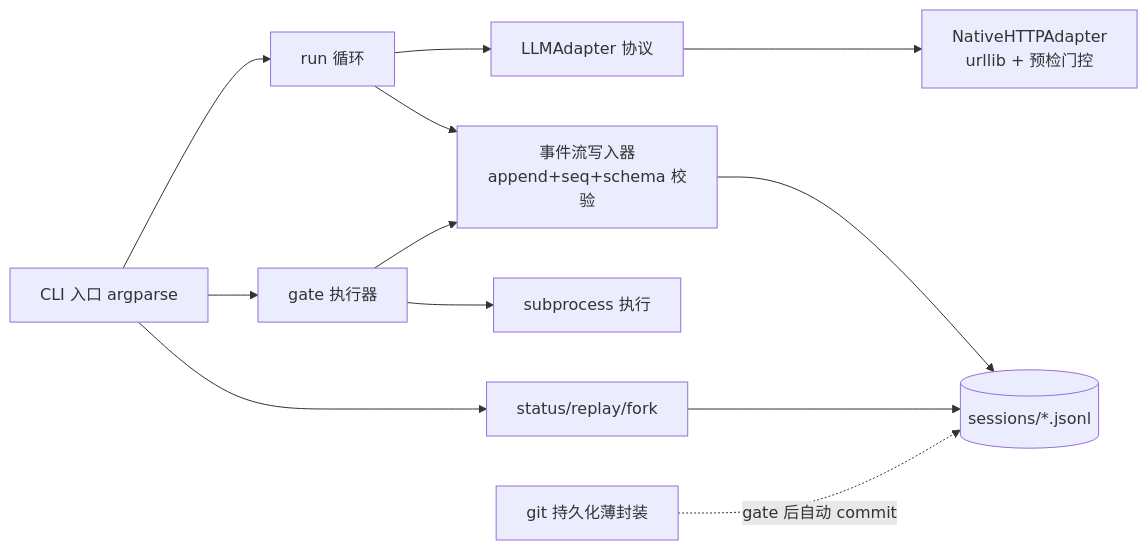
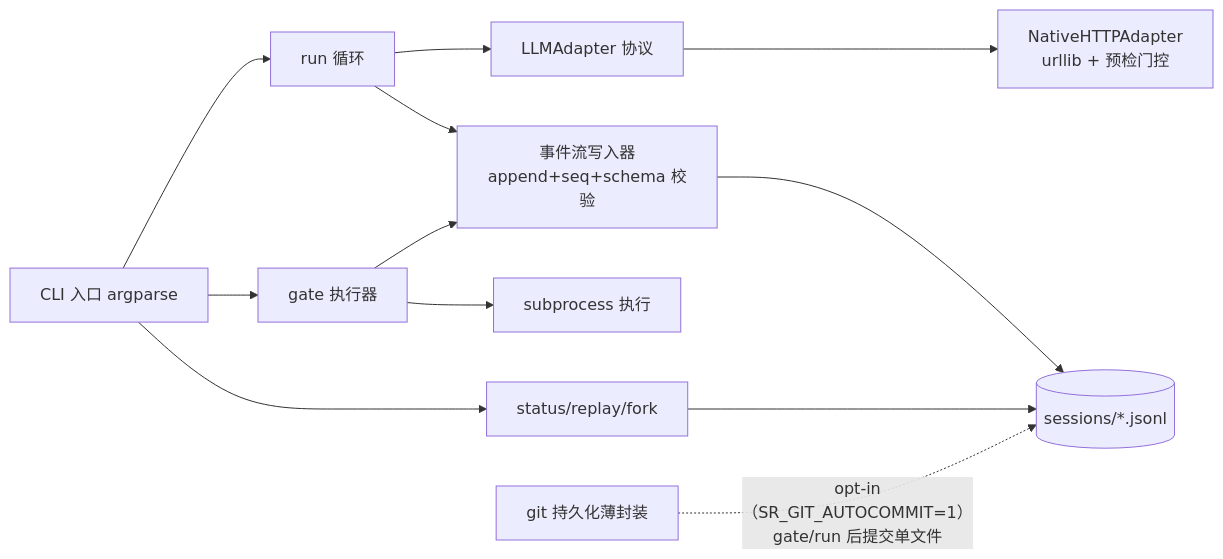
The diagram in spec/spec-runner/SPEC_RUNNER_DESIGN.md (StormstoutLau/Spec_Workflow), drawn with Mermaid before and after one commit. The commit also changed other lines of this file and 8 other files, not shown here.

First line of the commit message:
P-022 实施批完成：gate auto-commit A+B 修复（spec_runner v1.2.0）+ DIS-008 规则化

````diff
--- a/spec/spec-runner/SPEC_RUNNER_DESIGN.md
+++ b/spec/spec-runner/SPEC_RUNNER_DESIGN.md
@@ -126,12 +126,12 @@
 ```mermaid
 flowchart LR
     CLI[CLI 入口 argparse] --> RUN[run 循环] & GATE[gate 执行器]
     RUN --> ADP[LLMAdapter 协议]
     ADP --> NAT[NativeHTTPAdapter<br/>urllib + 预检门控]
     RUN & GATE --> LOG[事件流写入器<br/>append+seq+schema 校验]
     LOG --> FS[(sessions/*.jsonl)]
     GATE --> SUB[subprocess 执行]
     CLI --> ST[status/replay/fork]
     ST --> FS
-    GIT[git 持久化薄封装] -.gate 后自动 commit.-> FS
+    GIT[git 持久化薄封装] -.opt-in（SR_GIT_AUTOCOMMIT=1）gate/run 后提交单文件.-> FS
 ```
````
